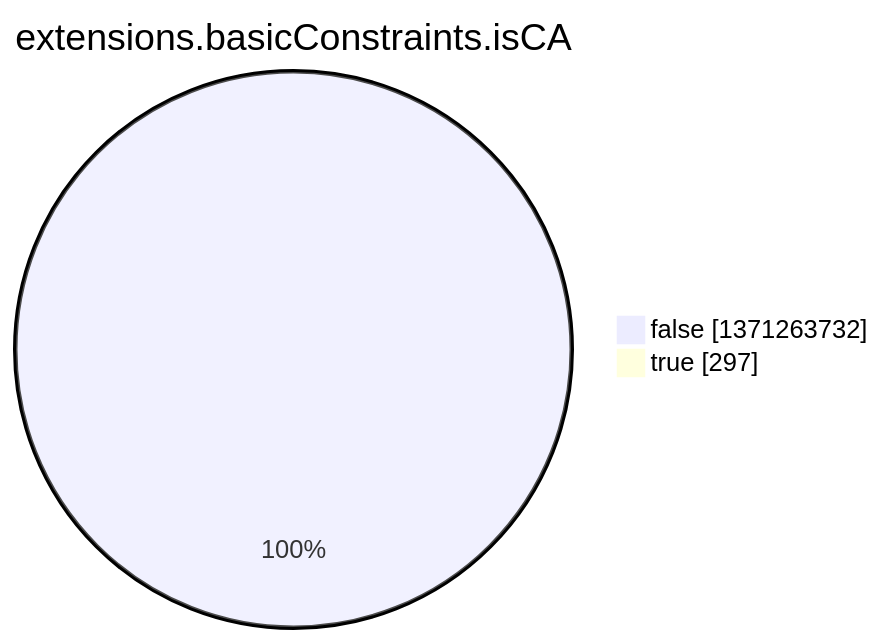
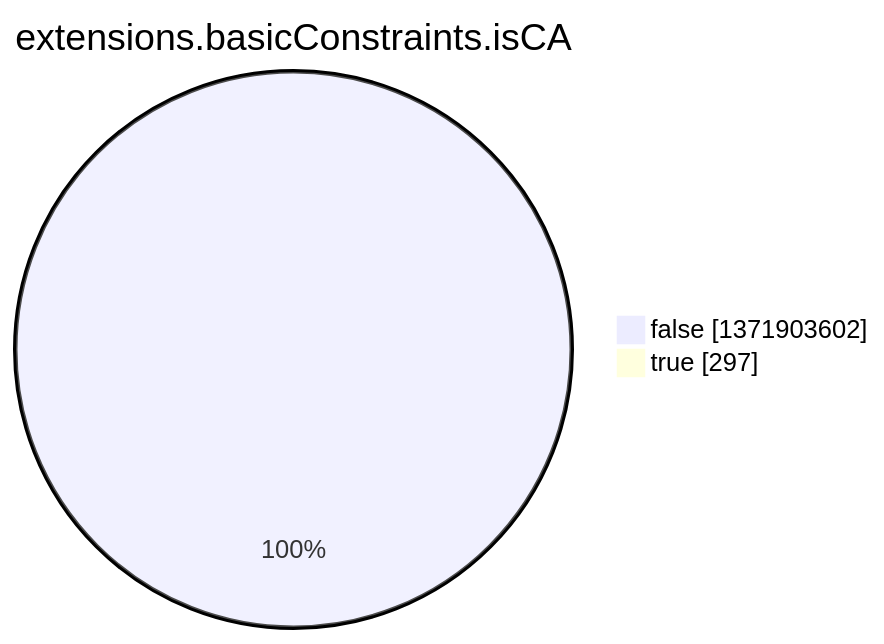
Before and after one commit to christiankrug/ctmonitor_visualization: the eighth of 15 diagrams in argon2022/README.md, drawn with Mermaid. The commit also changed other lines of this file, not shown here.

````diff
--- a/argon2022/README.md
+++ b/argon2022/README.md
@@ -2759,6 +2759,6 @@
 ```mermaid
 pie showData
 title extensions.basicConstraints.isCA
-"false" :1371263732
+"false" :1371903602
 "true" :297
 ```
````
